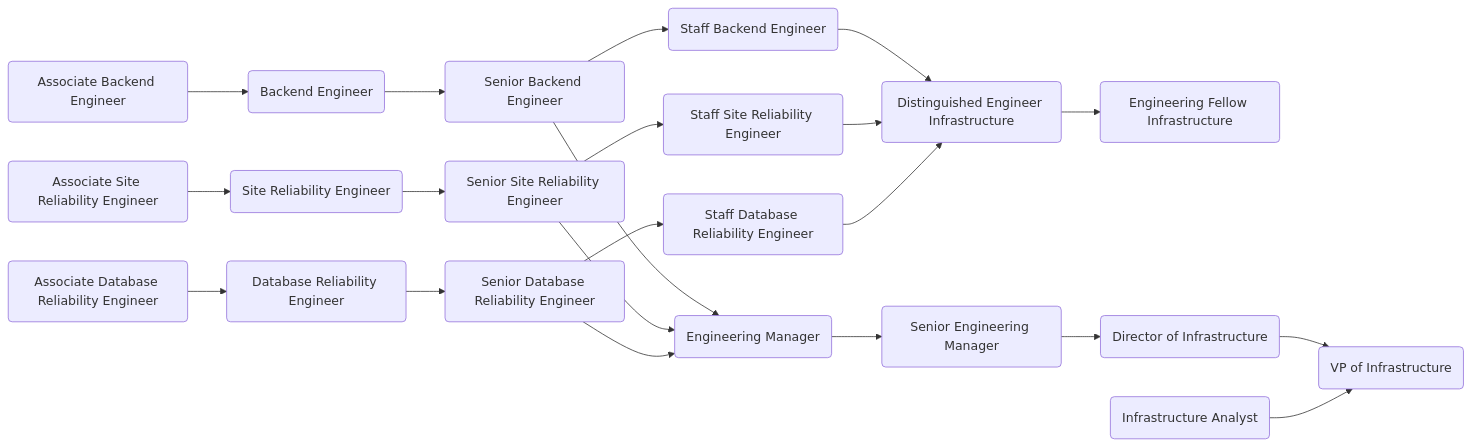
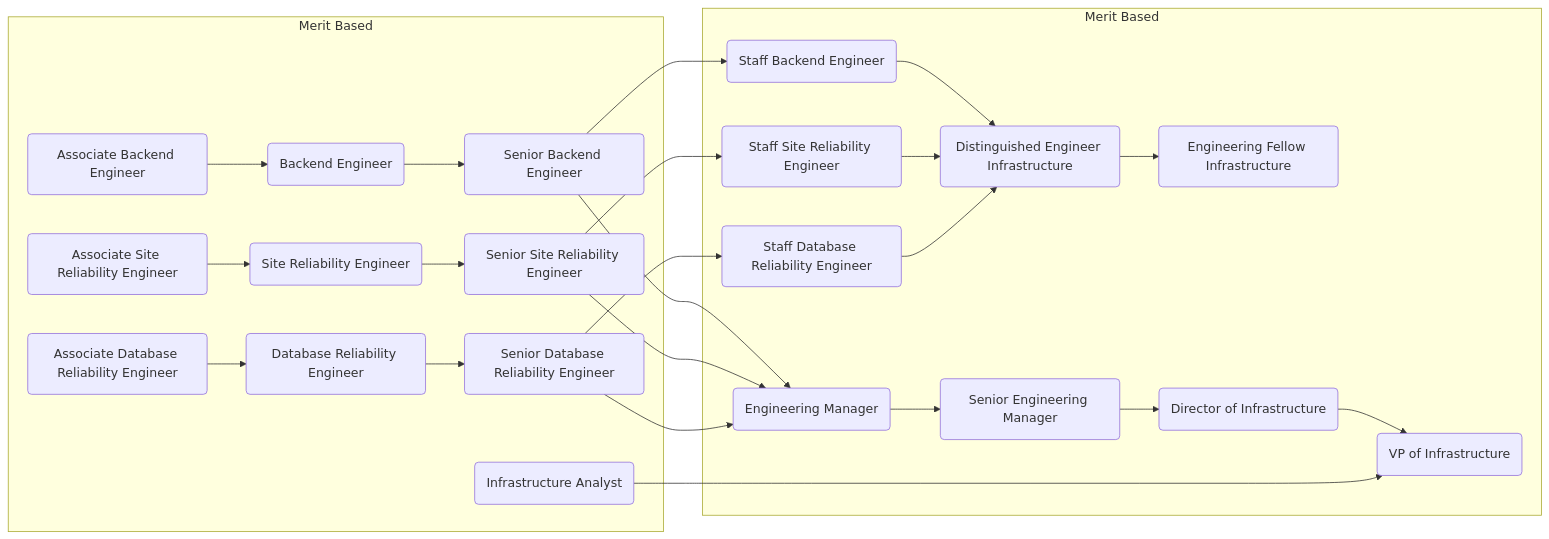
The sixth of 6 diagrams in career-development/index.html.md (secretstartups/handbook), drawn with Mermaid before and after one commit. The commit also changed other lines of this file, not shown here.

Commit message:
Added subgraphs to all mermaid diagrams

````diff
--- a/career-development/index.html.md
+++ b/career-development/index.html.md
@@ -288,62 +312,72 @@
 ```mermaid
   graph LR;
 
+  subgraph Merit Based
   %% Backend Engineers
-  eng:abe(Associate Backend Engineer)-->eng:be(Senior Backend Engineer);
-  eng:be(Backend Engineer)-->eng:sbe(Senior Backend Engineer);
-  eng:sbe(Senior Backend Engineer)-->eng:stbe(Staff Backend Engineer);
-  eng:stbe(Staff Backend Engineer)-->eng:dei(Distinguished Engineer Infrastructure);
-  eng:dei(Distinguished Engineer Infrastructure)-->eng:efi(Engineering Fellow Infrastructure);
+    eng:abe(Associate Backend Engineer)-->eng:be(Senior Backend Engineer);
+    eng:be(Backend Engineer)-->eng:sbe(Senior Backend Engineer);
+  %% Site Reliability Engineer
+    eng:asre(Associate Site Reliability Engineer)-->eng:sre(Site Reliability Engineer);
+    eng:sre(Site Reliability Engineer)-->eng:srsre(Senior Site Reliability Engineer);
+  %% Database Reliability Engineer track
+    eng:adbre(Associate Database Reliability Engineer)-->eng:dbre(Database Reliability Engineer);
+    eng:dbre(Database Reliability Engineer)-->eng:srdbre(Senior Database Reliability Engineer);
+  %% Infrastructure Analyst
+    eng:ia(Infrastructure Analyst)
+  end
 
+subgraph Merit Based
+  %% Backend Engineers
+    eng:sbe(Senior Backend Engineer)-->eng:stbe(Staff Backend Engineer);
+    eng:stbe(Staff Backend Engineer)-->eng:dei(Distinguished Engineer Infrastructure);
+    eng:dei(Distinguished Engineer Infrastructure)-->eng:efi(Engineering Fellow Infrastructure);
+  
   %% Site Reliability Engineer
-  eng:asre(Associate Site Reliability Engineer)-->eng:sre(Site Reliability Engineer);
-  eng:sre(Site Reliability Engineer)-->eng:srsre(Senior Site Reliability Engineer);
-  eng:srsre(Senior Site Reliability Engineer)-->eng:stsre(Staff Site Reliability Engineer);
-  eng:stsre(Staff Site Reliability Engineer)-->eng:dei(Distinguished Engineer Infrastructure);
+    eng:srsre(Senior Site Reliability Engineer)-->eng:stsre(Staff Site Reliability Engineer);
+    eng:stsre(Staff Site Reliability Engineer)-->eng:dei(Distinguished Engineer Infrastructure);
 
   %% Database Reliability Engineer track
-  eng:adbre(Associate Database Reliability Engineer)-->eng:dbre(Database Reliability Engineer);
-  eng:dbre(Database Reliability Engineer)-->eng:srdbre(Senior Database Reliability Engineer);
-  eng:srdbre(Senior Database Reliability Engineer)-->eng:stdbre(Staff Database Reliability Engineer);
-  eng:stdbre(Staff Database Reliability Engineer)-->eng:dei(Distinguished Engineer Infrastructure);
+    eng:srdbre(Senior Database Reliability Engineer)-->eng:stdbre(Staff Database Reliability Engineer);
+    eng:stdbre(Staff Database Reliability Engineer)-->eng:dei(Distinguished Engineer Infrastructure);
 
-  %% Management
-  eng:sbe(Senior Backend Engineer)-->eng:em(Engineering Manager);
-  eng:srsre(Senior Site Reliability Engineer)-->eng:em(Engineering Manager);
-  eng:srdbre(Senior Database Reliability Engineer)-->eng:em(Engineering Manager);
-  eng:em(Engineering Manager)-->eng:sem(Senior Engineering Manager);
-  eng:sem(Senior Engineering Manager)-->eng:di(Director of Infrastructure);
-  eng:di(Director of Infrastructure)-->eng:vpi(VP of Infrastructure);
+    %% Management
+    eng:sbe(Senior Backend Engineer)-->eng:em(Engineering Manager);
+    eng:srsre(Senior Site Reliability Engineer)-->eng:em(Engineering Manager);
+    eng:srdbre(Senior Database Reliability Engineer)-->eng:em(Engineering Manager);
+    eng:em(Engineering Manager)-->eng:sem(Senior Engineering Manager);
+    eng:sem(Senior Engineering Manager)-->eng:di(Director of Infrastructure);
+    eng:di(Director of Infrastructure)-->eng:vpi(VP of Infrastructure);
 
-  %% Infrastructure Analyst
-  eng:ia(Infrastructure Analyst)-->eng:vpi(VP of Infrastructure);
+    %% Infrastructure Analyst
+    eng:ia(Infrastructure Analyst)-->eng:vpi(VP of Infrastructure);
+  end
 
   %% Backend engineer
   click eng:abe "/job-families/engineering/infrastructure/backend-engineer/";
   click eng:be "/job-families/engineering/infrastructure/backend-engineer/";
   click eng:sbe "/job-families/engineering/infrastructure/backend-engineer/";
   click eng:stbe "/job-families/engineering/infrastructure/backend-engineer/";
 
   %% Site Reliability Engineer
   click eng:asre "/job-families/engineering/infrastructure/site-reliability-engineer/";
   click eng:sre "/job-families/engineering/infrastructure/site-reliability-engineer/";
   click eng:srsre "/job-families/engineering/infrastructure/site-reliability-engineer/";
   click eng:stsre "/job-families/engineering/infrastructure/site-reliability-engineer/";
 
   %% Database Reliability Engineer
   click eng:adbre "/job-families/engineering/infrastructure/database-reliability-engineer/";
   click eng:dbre "/job-families/engineering/infrastructure/database-reliability-engineer/";
   click eng:srdbre "/job-families/engineering/infrastructure/database-reliability-engineer/";
   click eng:stdbre "/job-families/engineering/infrastructure/database-reliability-engineer/";
 
   %% Infrastructure Management
   click eng:em "/job-families/engineering/infrastructure-management/";
   click eng:sem "/job-families/engineering/infrastructure-management/";
   click eng:di "/job-families/engineering/infrastructure-management/";
   click eng:vpi "/job-families/engineering/infrastructure-management/";
 
   %% Individual contributors
   click eng:ia "/job-families/engineering/infrastructure/analyst";
   click eng:dei "/job-families/engineering/infrastructure/distinguished-engineer/";
   click eng:efi "/job-families/engineering/infrastructure/engineering-fellow/";
 ```
````
